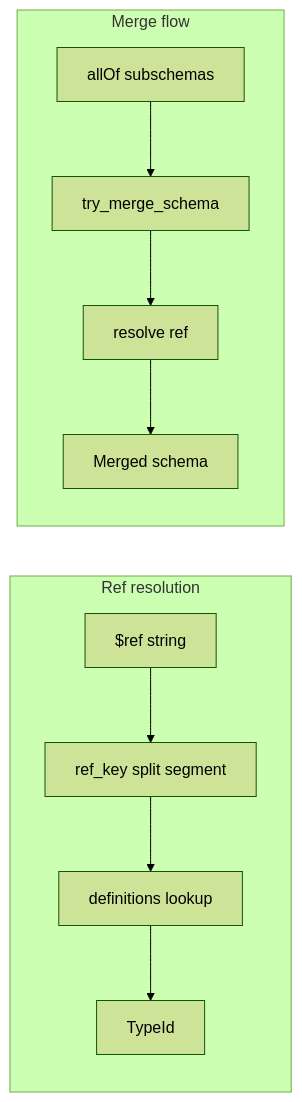
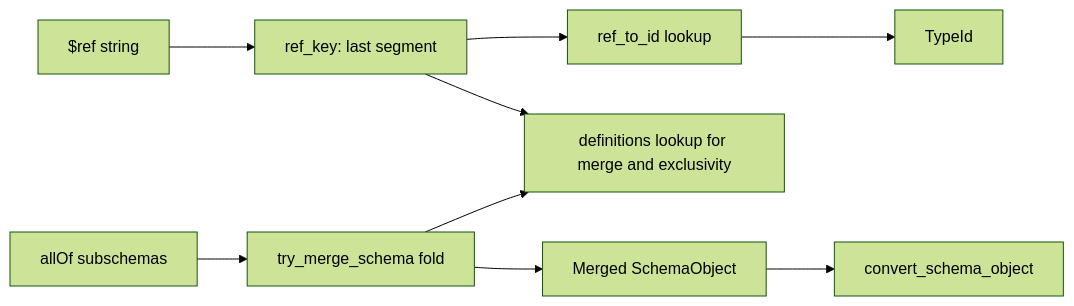
One commit to goddtriffin/json-schema-rs changed the second of 2 diagrams in research/reports/rust/oxidecomputer-typify.md. Above: the diagram before and after it, drawn with Mermaid (forest theme). The commit also changed other lines of this file and 51 other files, not shown here.

````diff
--- a/research/reports/rust/oxidecomputer-typify.md
+++ b/research/reports/rust/oxidecomputer-typify.md
@@ -134,21 +138,11 @@
 ```mermaid
 flowchart LR
-  subgraph refResolution [Ref resolution]
-    RefStr["$ref string"]
-    RefKey[ref_key split segment]
-    DefLookup[definitions lookup]
-    TypeId[TypeId]
-    RefStr --> RefKey
-    RefKey --> DefLookup
-    DefLookup --> TypeId
-  end
-  subgraph mergeFlow [Merge flow]
-    AllOf[allOf subschemas]
-    TryMerge[try_merge_schema]
-    Resolve[resolve ref]
-    Merged[Merged schema]
-    AllOf --> TryMerge
-    TryMerge --> Resolve
-    Resolve --> Merged
-  end
+  Ref["$ref string"] --> RefKey["ref_key: last segment"]
+  RefKey --> RefToId["ref_to_id lookup"]
+  RefToId --> TypeId[TypeId]
+  RefKey --> Defs["definitions lookup for merge and exclusivity"]
+  AllOf[allOf subschemas] --> TryMerge[try_merge_schema fold]
+  TryMerge --> Defs
+  TryMerge --> Merged[Merged SchemaObject]
+  Merged --> ConvertAgain[convert_schema_object]
 ```
````
